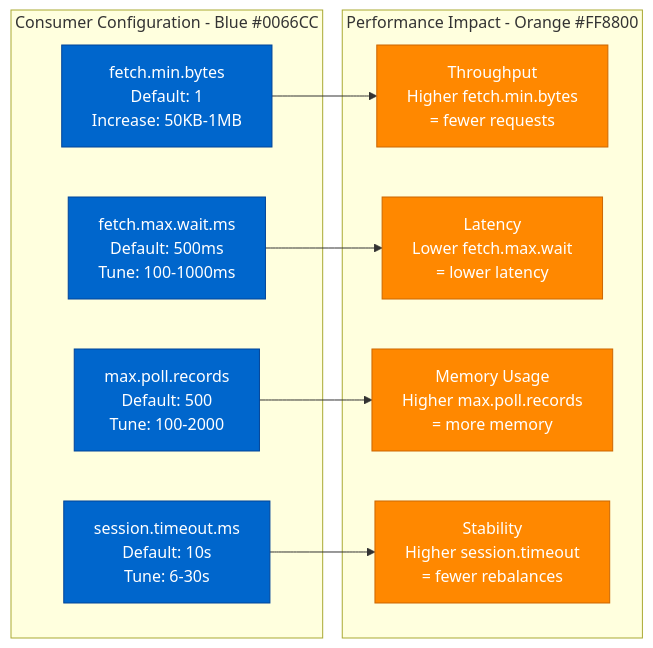
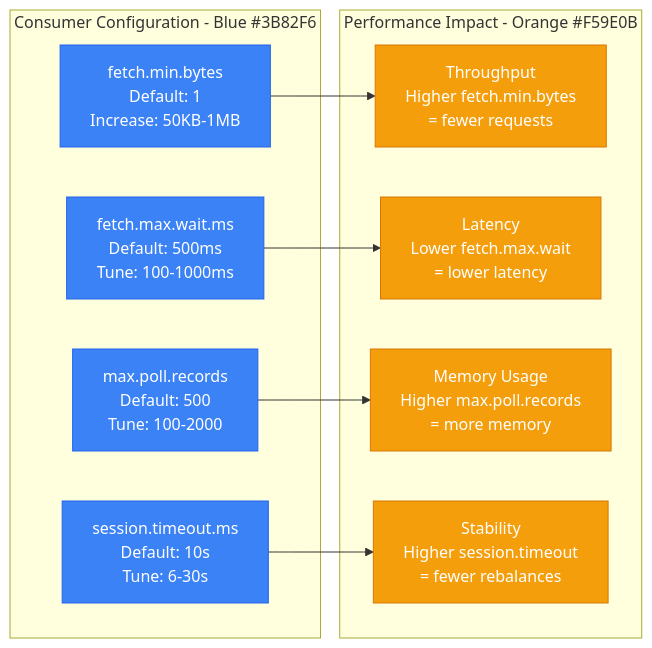
Before and after one commit to deepaucksharma/DS: the third of 3 diagrams in site/docs/debugging/kafka-consumer-lag-debugging.md, drawn with Mermaid. The commit also changed other lines of this file and 187 other files, not shown here.

````diff
--- a/site/docs/debugging/kafka-consumer-lag-debugging.md
+++ b/site/docs/debugging/kafka-consumer-lag-debugging.md
@@ -174,27 +174,27 @@
 ```mermaid
 graph LR
-    subgraph ConsumerConfig[Consumer Configuration - Blue #0066CC]
+    subgraph ConsumerConfig[Consumer Configuration - Blue #3B82F6]
         FETCH_SIZE[fetch.min.bytes<br/>Default: 1<br/>Increase: 50KB-1MB]
         FETCH_WAIT[fetch.max.wait.ms<br/>Default: 500ms<br/>Tune: 100-1000ms]
         MAX_POLL[max.poll.records<br/>Default: 500<br/>Tune: 100-2000]
         SESSION_TIMEOUT[session.timeout.ms<br/>Default: 10s<br/>Tune: 6-30s]
     end
 
-    subgraph PerformanceImpact[Performance Impact - Orange #FF8800]
+    subgraph PerformanceImpact[Performance Impact - Orange #F59E0B]
         THROUGHPUT[Throughput<br/>Higher fetch.min.bytes<br/>= fewer requests]
         LATENCY[Latency<br/>Lower fetch.max.wait<br/>= lower latency]
         MEMORY[Memory Usage<br/>Higher max.poll.records<br/>= more memory]
         STABILITY[Stability<br/>Higher session.timeout<br/>= fewer rebalances]
     end
 
     FETCH_SIZE --> THROUGHPUT
     FETCH_WAIT --> LATENCY
     MAX_POLL --> MEMORY
     SESSION_TIMEOUT --> STABILITY
 
-    classDef configStyle fill:#0066CC,stroke:#004499,color:#fff
-    classDef impactStyle fill:#FF8800,stroke:#CC6600,color:#fff
+    classDef configStyle fill:#3B82F6,stroke:#2563EB,color:#fff
+    classDef impactStyle fill:#F59E0B,stroke:#D97706,color:#fff
 
     class FETCH_SIZE,FETCH_WAIT,MAX_POLL,SESSION_TIMEOUT configStyle
     class THROUGHPUT,LATENCY,MEMORY,STABILITY impactStyle
 ```
````
